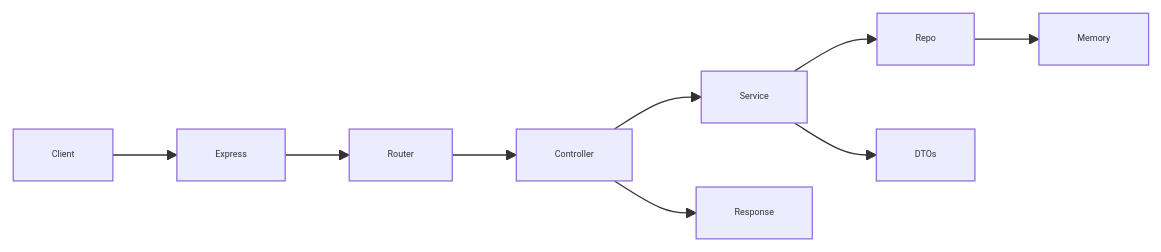
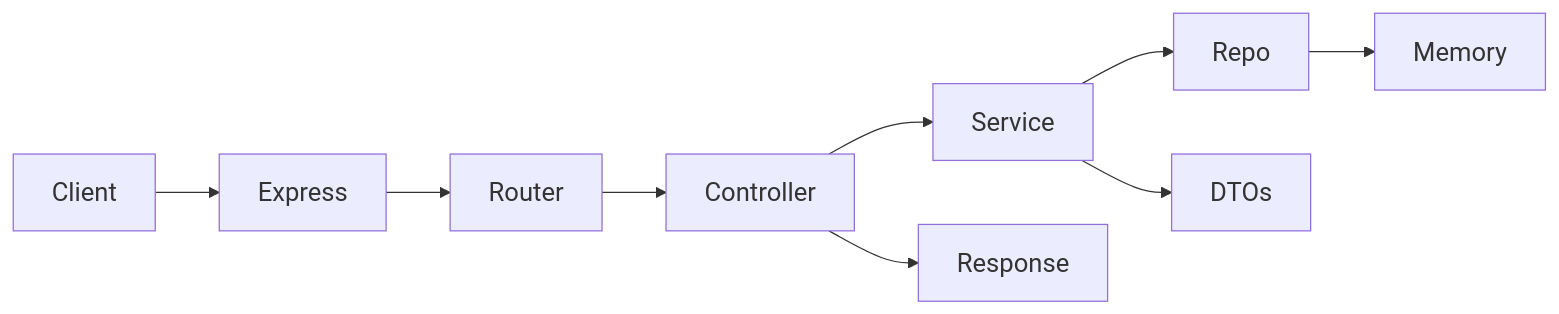
One commit to umass-cs-426/scheduling-app changed the first of 6 diagrams in slides/slides.md. Above: the diagram before and after it, drawn with Mermaid. The commit also changed other lines of this file, not shown here.

````diff
--- a/slides/slides.md
+++ b/slides/slides.md
@@ -44,12 +120,12 @@
 ```mermaid
-%%{init: {'themeVariables': {'fontSize': '7px'}}}%%
+%%{init: {'themeVariables': {'fontSize': '20px'}}}%%
 flowchart LR
     C[Client] --> E[Express]
     E --> R[Router]
     R --> Ctrl[Controller]
     Ctrl --> Svc[Service]
     Svc --> Repo[Repo]
     Repo --> Mem[Memory]
     Svc --> DTO[DTOs]
     Ctrl --> Resp[Response]
 ```
````
